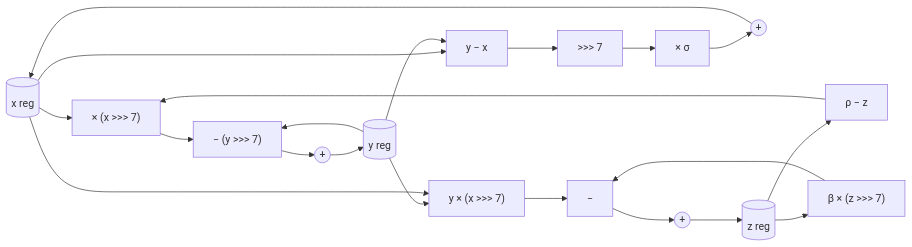
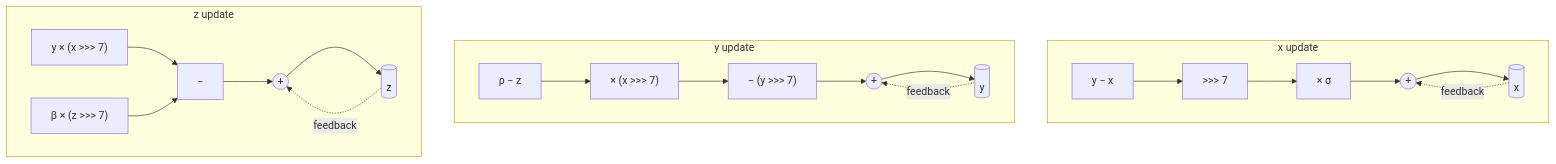
Before and after one commit to naifaljohani/lorenz-attractor: the diagram in README.md, drawn with Mermaid.

Commit message:
README: clearer datapath diagram

````diff
--- a/README.md
+++ b/README.md
@@ -54,11 +54,19 @@
 ```mermaid
-flowchart LR
-    X[(x reg)] --> SUB1["y − x"] --> SH1[">>> 7"] --> M1["× σ"] --> AX(("+")) --> X
-    Y[(y reg)] --> SUB1
-    Z[(z reg)] --> SUB2["ρ − z"] --> M2["× (x >>> 7)"] --> SUB3["− (y >>> 7)"] --> AY(("+")) --> Y
-    X --> M2
-    Y --> SUB3
-    Y --> M3["y × (x >>> 7)"] --> SUB4["−"] --> AZ(("+")) --> Z
-    X --> M3
-    Z --> M4["β × (z >>> 7)"] --> SUB4
+flowchart TB
+    subgraph SX["x update"]
+        direction LR
+        A1["y − x"] --> A2[">>> 7"] --> A3["× σ"] --> A4(("+")) --> XR[("x")]
+        XR -. feedback .-> A4
+    end
+    subgraph SY["y update"]
+        direction LR
+        B1["ρ − z"] --> B2["× (x >>> 7)"] --> B3["− (y >>> 7)"] --> B4(("+")) --> YR[("y")]
+        YR -. feedback .-> B4
+    end
+    subgraph SZ["z update"]
+        direction LR
+        C1["y × (x >>> 7)"] --> C3["−"] --> C4(("+")) --> ZR[("z")]
+        C2["β × (z >>> 7)"] --> C3
+        ZR -. feedback .-> C4
+    end
 ```
````
